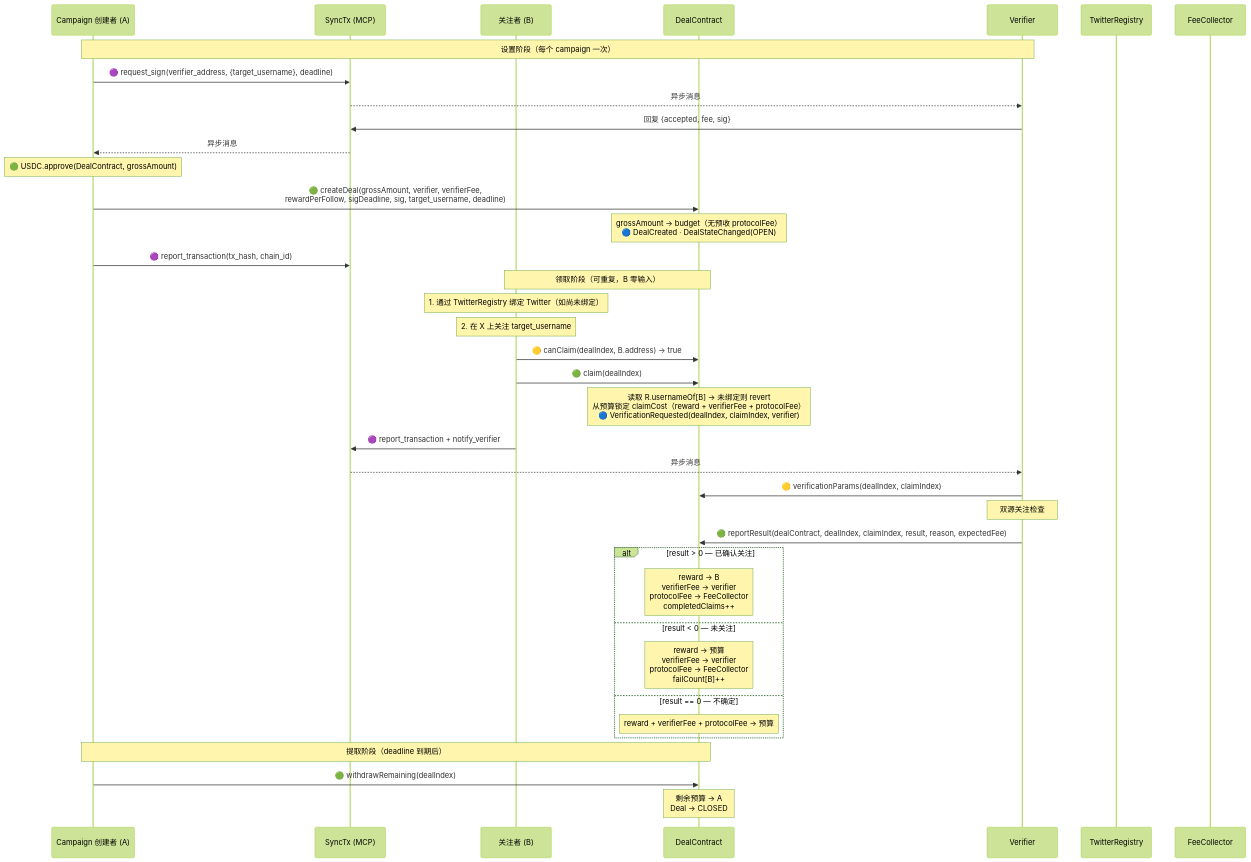
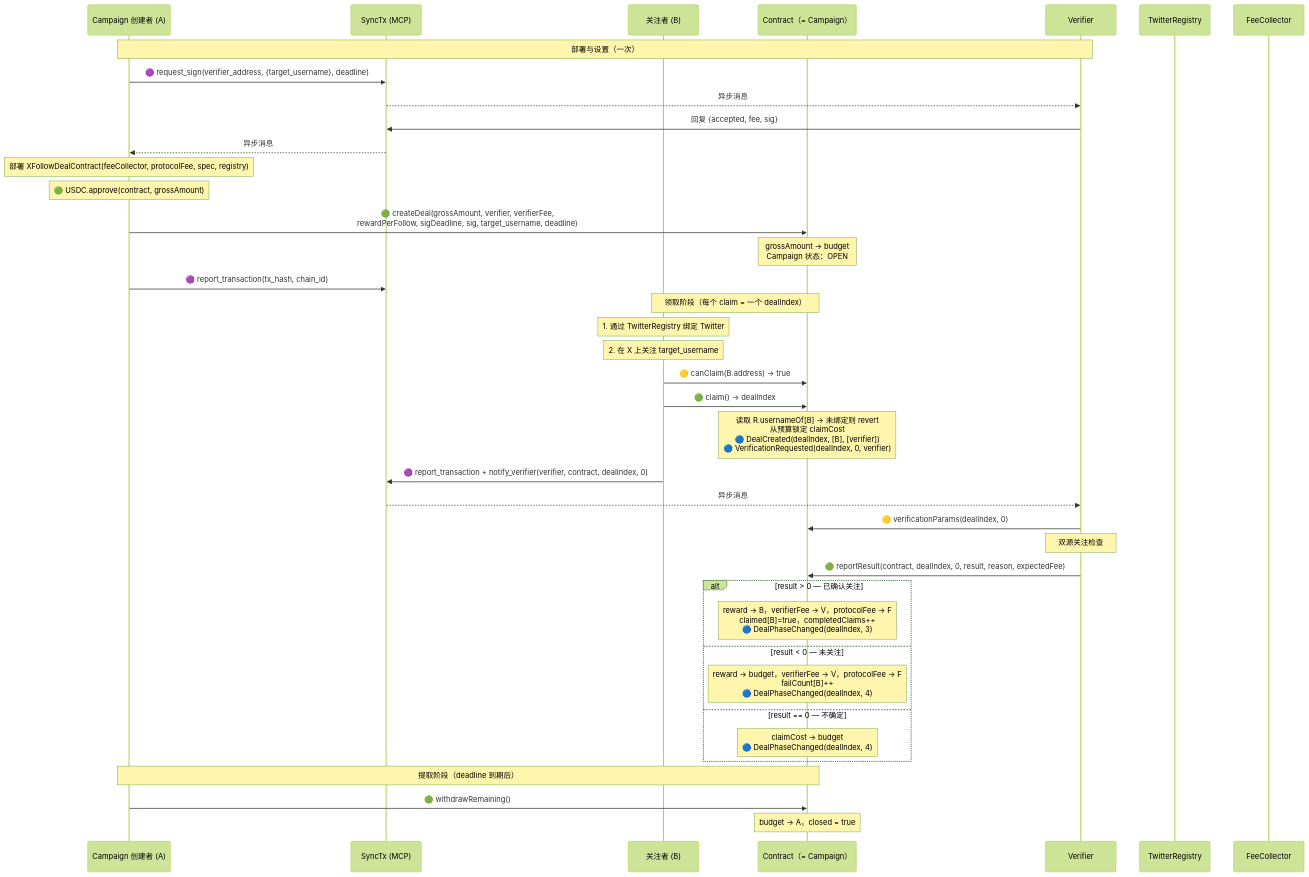
The first of 5 diagrams in examples/x-follow/x-follow-design-zh.md (synctxai/synctx), drawn with Mermaid (forest theme) before and after one commit. The commit also changed other lines of this file and 1 other file, not shown here.

First line of the commit message:
docs(x-follow): contract IS the campaign, each claim IS a dealIndex

````diff
--- a/examples/x-follow/x-follow-design-zh.md
+++ b/examples/x-follow/x-follow-design-zh.md
@@ -165,50 +171,51 @@
 ```mermaid
 sequenceDiagram
     participant A as Campaign 创建者 (A)
     participant P as SyncTx (MCP)
     participant B as 关注者 (B)
-    participant D as DealContract
+    participant C as Contract（= Campaign）
     participant V as Verifier
     participant R as TwitterRegistry
     participant F as FeeCollector
 
-    Note over A,V: 设置阶段（每个 campaign 一次）
+    Note over A,V: 部署与设置（一次）
 
     A->>P: 🟣 request_sign(verifier_address, {target_username}, deadline)
     P-->>V: 异步消息
     V->>P: 回复 {accepted, fee, sig}
     P-->>A: 异步消息
 
-    Note over A: 🟢 USDC.approve(DealContract, grossAmount)
-    A->>D: 🟢 createDeal(grossAmount, verifier, verifierFee,<br/>rewardPerFollow, sigDeadline, sig, target_username, deadline)
-    Note over D: grossAmount → budget（无预收 protocolFee）<br/>🔵 DealCreated · DealStateChanged(OPEN)
+    Note over A: 部署 XFollowDealContract(feeCollector, protocolFee, spec, registry)
+    Note over A: 🟢 USDC.approve(contract, grossAmount)
+    A->>C: 🟢 createDeal(grossAmount, verifier, verifierFee,<br/>rewardPerFollow, sigDeadline, sig, target_username, deadline)
+    Note over C: grossAmount → budget<br/>Campaign 状态：OPEN
     A->>P: 🟣 report_transaction(tx_hash, chain_id)
 
-    Note over B,D: 领取阶段（可重复，B 零输入）
+    Note over B,C: 领取阶段（每个 claim = 一个 dealIndex）
 
-    Note over B: 1. 通过 TwitterRegistry 绑定 Twitter（如尚未绑定）
+    Note over B: 1. 通过 TwitterRegistry 绑定 Twitter
     Note over B: 2. 在 X 上关注 target_username
-    B->>D: 🟡 canClaim(dealIndex, B.address) → true
-    B->>D: 🟢 claim(dealIndex)
-    Note over D: 读取 R.usernameOf[B] → 未绑定则 revert<br/>从预算锁定 claimCost（reward + verifierFee + protocolFee）<br/>🔵 VerificationRequested(dealIndex, claimIndex, verifier)
-    B->>P: 🟣 report_transaction + notify_verifier
+    B->>C: 🟡 canClaim(B.address) → true
+    B->>C: 🟢 claim() → dealIndex
+    Note over C: 读取 R.usernameOf[B] → 未绑定则 revert<br/>从预算锁定 claimCost<br/>🔵 DealCreated(dealIndex, [B], [verifier])<br/>🔵 VerificationRequested(dealIndex, 0, verifier)
+    B->>P: 🟣 report_transaction + notify_verifier(verifier, contract, dealIndex, 0)
     P-->>V: 异步消息
 
-    V->>D: 🟡 verificationParams(dealIndex, claimIndex)
+    V->>C: 🟡 verificationParams(dealIndex, 0)
     Note over V: 双源关注检查
 
-    V->>D: 🟢 reportResult(dealContract, dealIndex, claimIndex, result, reason, expectedFee)
+    V->>C: 🟢 reportResult(contract, dealIndex, 0, result, reason, expectedFee)
 
     alt result > 0 — 已确认关注
-        Note over D: reward → B<br/>verifierFee → verifier<br/>protocolFee → FeeCollector<br/>completedClaims++
+        Note over C: reward → B，verifierFee → V，protocolFee → F<br/>claimed[B]=true，completedClaims++<br/>🔵 DealPhaseChanged(dealIndex, 3)
     else result < 0 — 未关注
-        Note over D: reward → 预算<br/>verifierFee → verifier<br/>protocolFee → FeeCollector<br/>failCount[B]++
+        Note over C: reward → budget，verifierFee → V，protocolFee → F<br/>failCount[B]++<br/>🔵 DealPhaseChanged(dealIndex, 4)
     else result == 0 — 不确定
-        Note over D: reward + verifierFee + protocolFee → 预算
+        Note over C: claimCost → budget<br/>🔵 DealPhaseChanged(dealIndex, 4)
     end
 
-    Note over A,D: 提取阶段（deadline 到期后）
+    Note over A,C: 提取阶段（deadline 到期后）
 
-    A->>D: 🟢 withdrawRemaining(dealIndex)
-    Note over D: 剩余预算 → A<br/>Deal → CLOSED
+    A->>C: 🟢 withdrawRemaining()
+    Note over C: budget → A，closed = true
 ```
````
